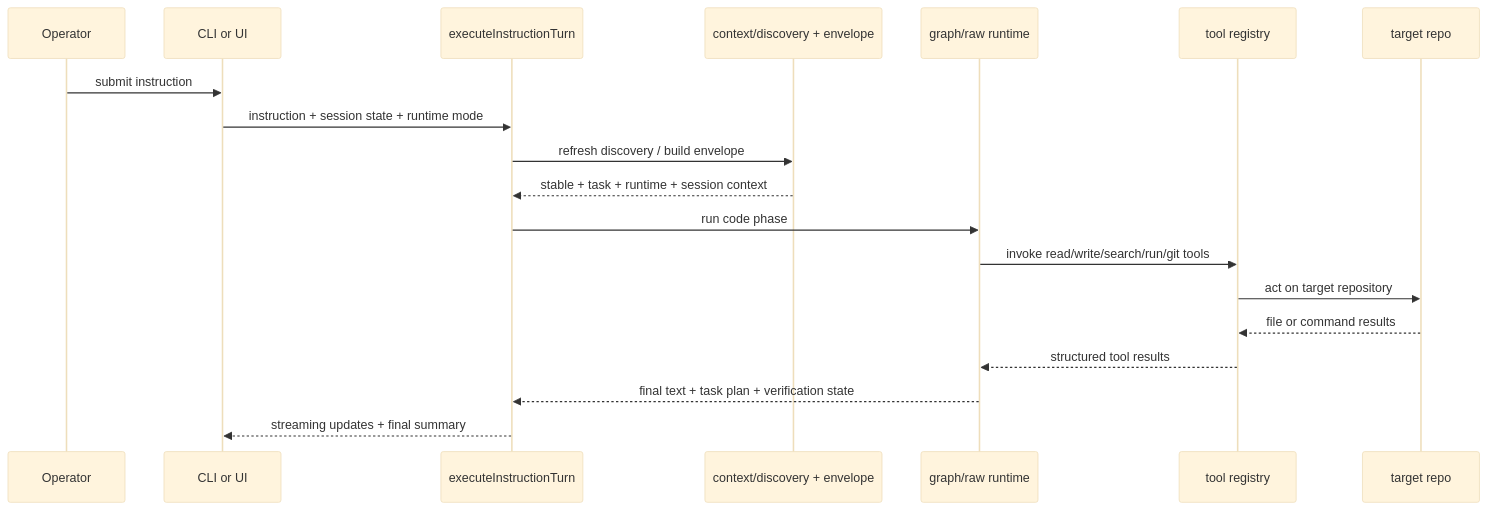
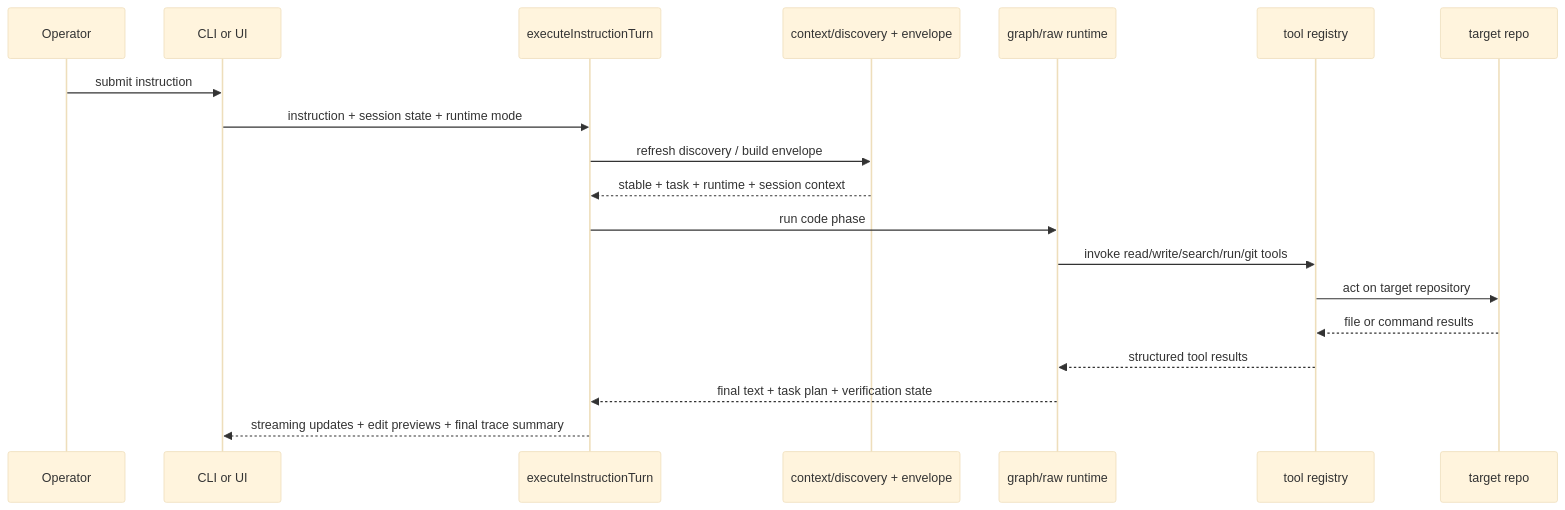
One commit to thisisyoussef/shipyard changed the second of 3 diagrams in shipyard/docs/architecture/README.md. Above: the diagram before and after it, drawn with Mermaid (base theme). The commit also changed other lines of this file and 32 other files, not shown here.

````diff
--- a/shipyard/docs/architecture/README.md
+++ b/shipyard/docs/architecture/README.md
@@ -51,22 +51,22 @@
 ```mermaid
 sequenceDiagram
   participant Operator
   participant Entry as CLI or UI
   participant Turn as executeInstructionTurn
   participant Context as context/discovery + envelope
   participant Runtime as graph/raw runtime
   participant Tools as tool registry
   participant Target as target repo
 
   Operator->>Entry: submit instruction
   Entry->>Turn: instruction + session state + runtime mode
   Turn->>Context: refresh discovery / build envelope
   Context-->>Turn: stable + task + runtime + session context
   Turn->>Runtime: run code phase
   Runtime->>Tools: invoke read/write/search/run/git tools
   Tools->>Target: act on target repository
   Target-->>Tools: file or command results
   Tools-->>Runtime: structured tool results
   Runtime-->>Turn: final text + task plan + verification state
-  Turn-->>Entry: streaming updates + final summary
+  Turn-->>Entry: streaming updates + edit previews + final trace summary
 ```
````
